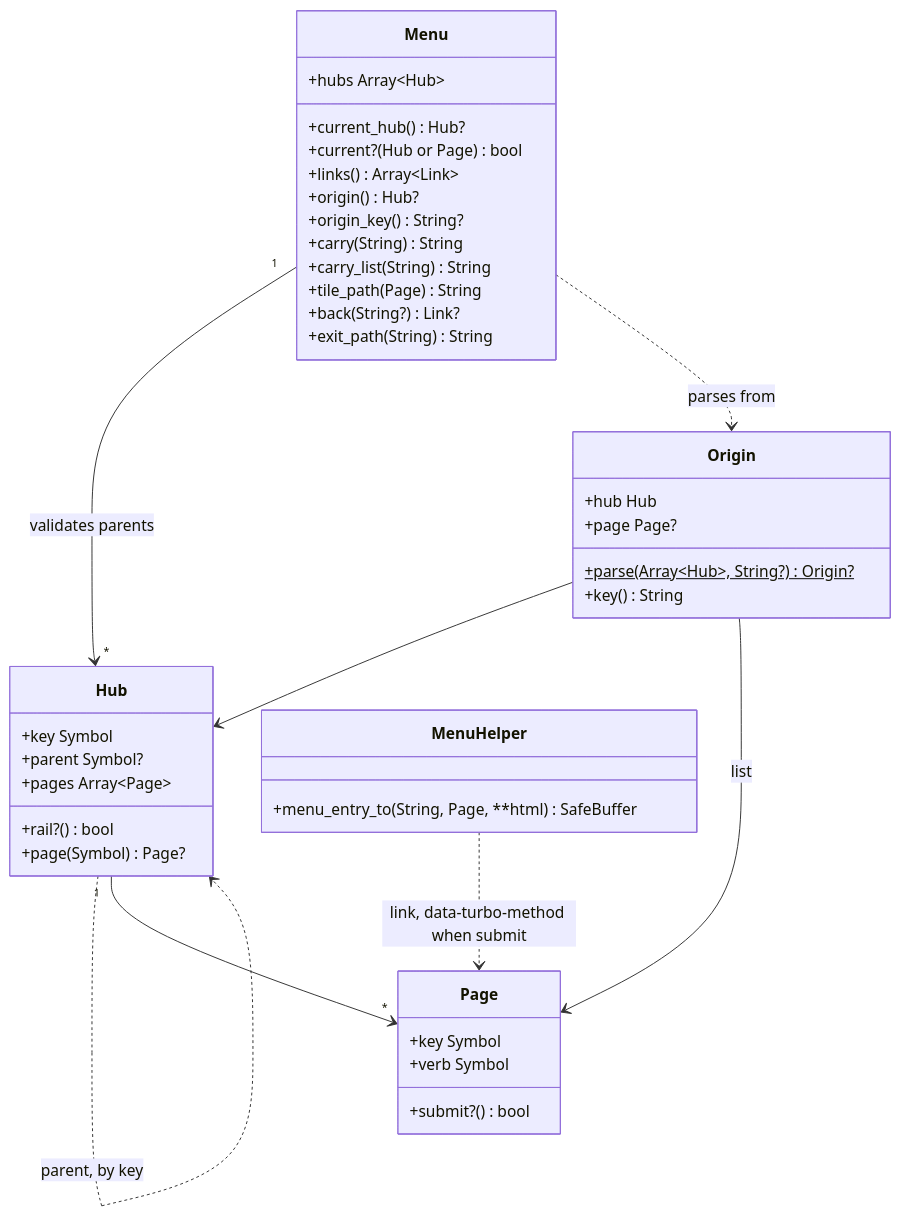
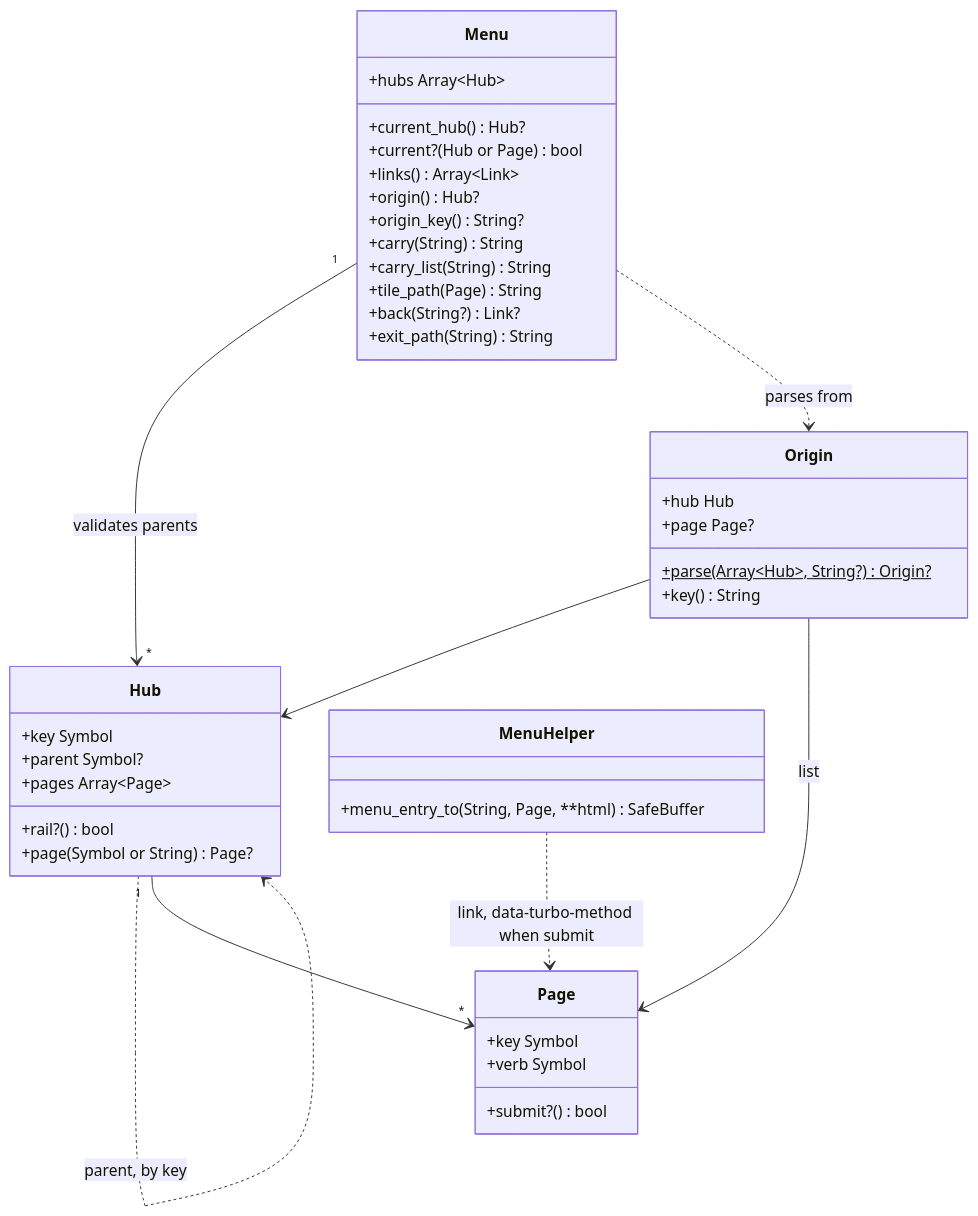
Before and after one commit to eirvandelden/appkit: the second of 3 diagrams in docs/changes/hub-parents-and-submit-pages/plan.md, drawn with Mermaid.

Commit message:
docs: show Hub#page with a String key in the plan diagram

````diff
--- a/docs/changes/hub-parents-and-submit-pages/plan.md
+++ b/docs/changes/hub-parents-and-submit-pages/plan.md
@@ -56,44 +56,44 @@
 ```mermaid
 classDiagram
   class Menu {
     +hubs Array~Hub~
     +current_hub() Hub?
     +current?(Hub or Page) bool
     +links() Array~Link~
     +origin() Hub?
     +origin_key() String?
     +carry(String) String
     +carry_list(String) String
     +tile_path(Page) String
     +back(String?) Link?
     +exit_path(String) String
   }
   class Hub {
     +key Symbol
     +parent Symbol?
     +rail?() bool
     +pages Array~Page~
-    +page(Symbol) Page?
+    +page(Symbol or String) Page?
   }
   class Page {
     +key Symbol
     +verb Symbol
     +submit?() bool
   }
   class MenuHelper {
     +menu_entry_to(String, Page, **html) SafeBuffer
   }
   class Origin {
     +parse(Array~Hub~, String?)$ Origin?
     +hub Hub
     +page Page?
     +key() String
   }
   Menu "1" --> "*" Hub : validates parents
   Menu ..> Origin : parses from
   Origin --> Hub
   Origin --> Page : list
   Hub ..> Hub : parent, by key
   Hub "1" --> "*" Page
   MenuHelper ..> Page : link, data-turbo-method when submit
 ```
````
